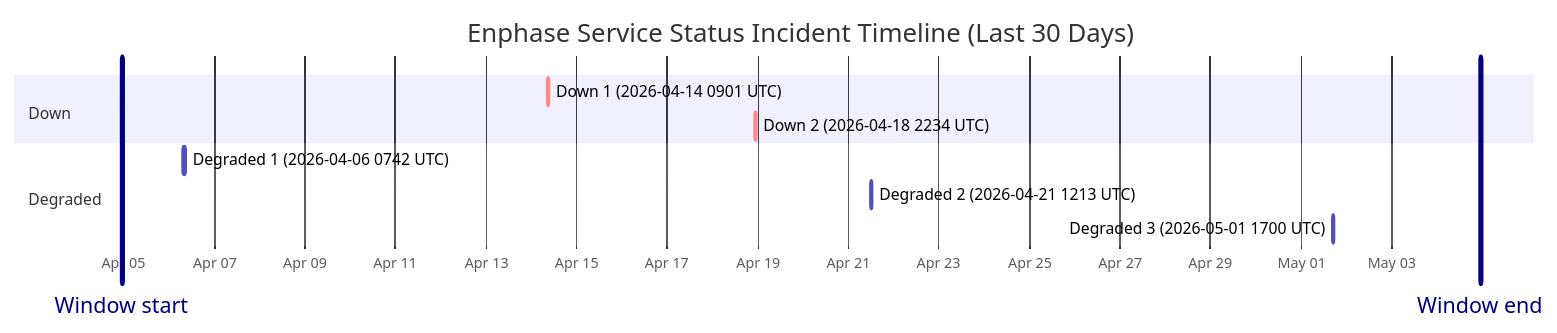
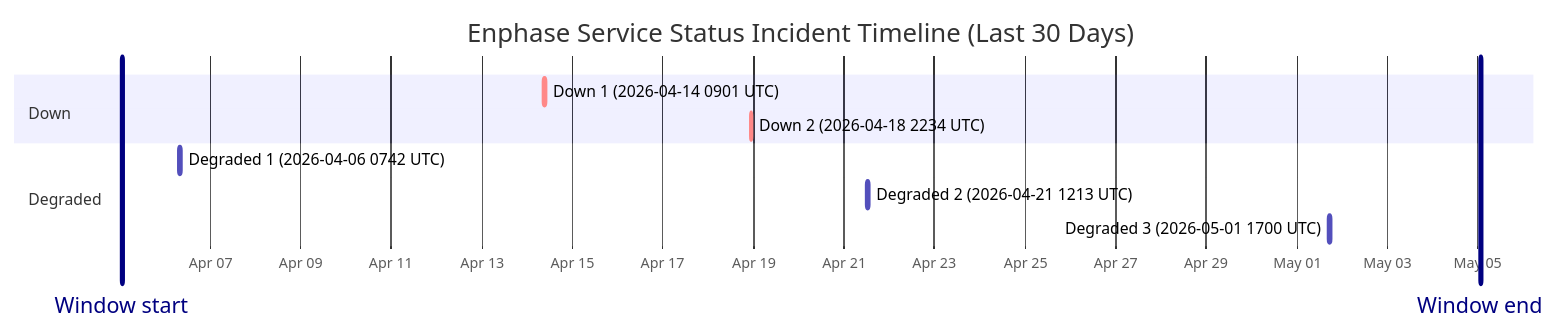
Before and after one commit to barneyonline/ha-enphase-ev-charger: the diagram in wiki/Service-Status-History.md, drawn with Mermaid. The commit also changed other lines of this file and 3 other files, not shown here.

````diff
--- a/wiki/Service-Status-History.md
+++ b/wiki/Service-Status-History.md
@@ -14,15 +14,15 @@
 ```mermaid
 gantt
     title Enphase Service Status Incident Timeline (Last 30 Days)
     dateFormat  YYYY-MM-DDTHH:mm:ss
     axisFormat  %b %d
-    Window start :vert, window-start, 2026-04-04T23:03:29, 0ms
-    Window end :vert, window-end, 2026-05-04T23:03:29, 0ms
+    Window start :vert, window-start, 2026-04-05T01:10:29, 0ms
+    Window end :vert, window-end, 2026-05-05T01:10:29, 0ms
     section Down
     Down 1 (2026-04-14 0901 UTC) :crit, down-1, 2026-04-14T09:01:13, 60m
     Down 2 (2026-04-18 2234 UTC) :crit, down-2, 2026-04-18T22:34:13, 60m
     section Degraded
     Degraded 1 (2026-04-06 0742 UTC) :active, degraded-1, 2026-04-06T07:42:09, 85m
     Degraded 2 (2026-04-21 1213 UTC) :active, degraded-2, 2026-04-21T12:13:11, 60m
     Degraded 3 (2026-05-01 1700 UTC) :active, degraded-3, 2026-05-01T17:00:22, 60m
 ```
````
